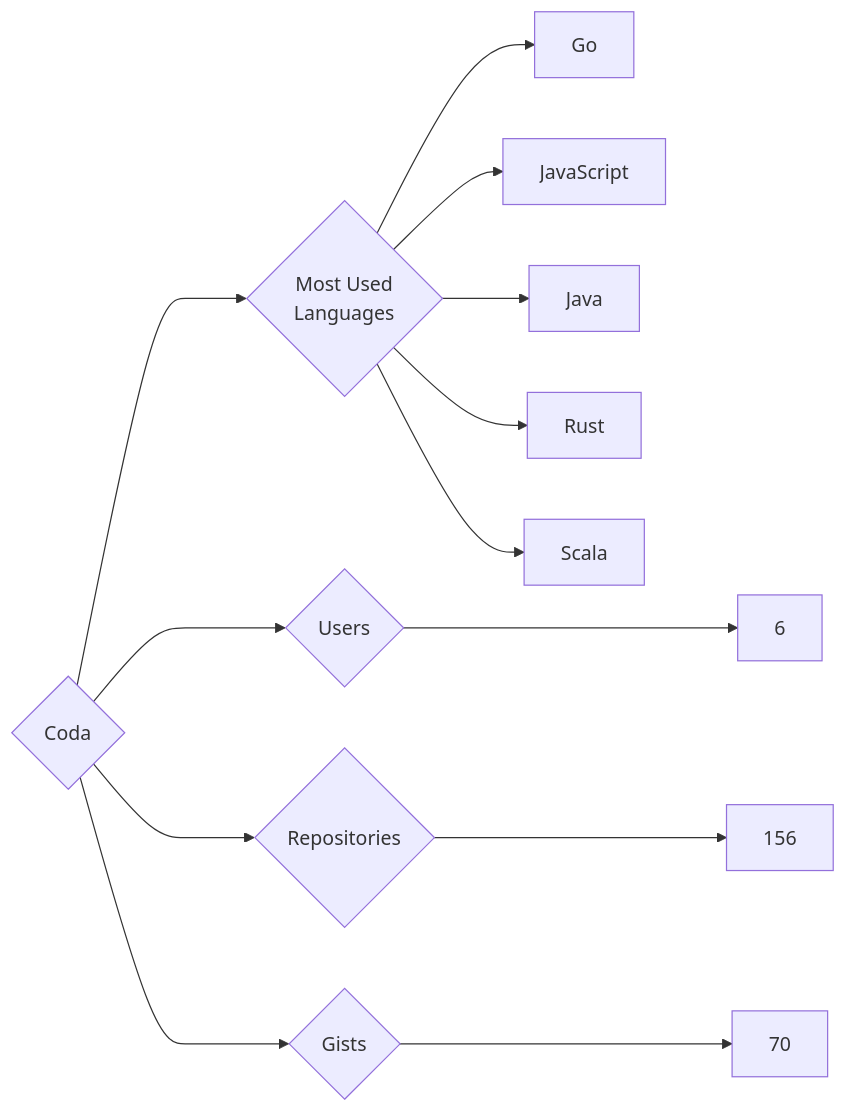
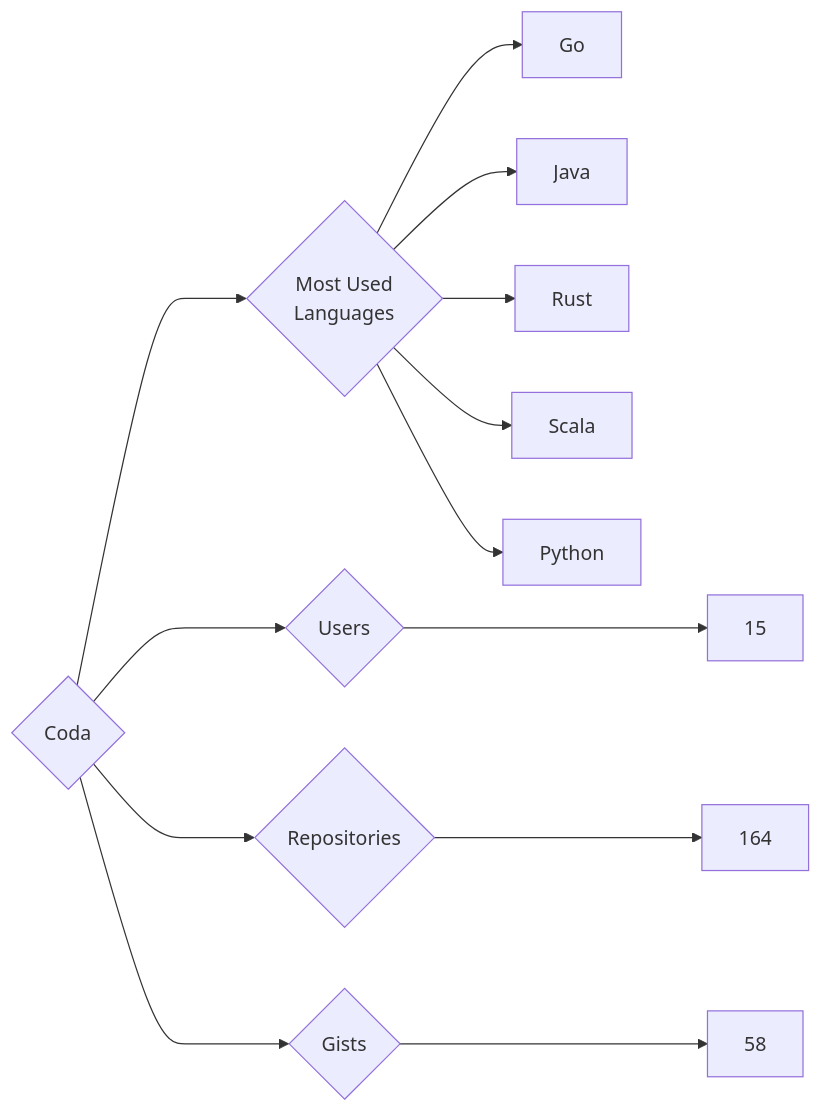
One commit to trickest/insiders changed the diagram in targets/Coda/README.md. Above: the diagram before and after it, drawn with Mermaid. The commit also changed 1195 other files, not shown here.

````diff
--- a/targets/Coda/README.md
+++ b/targets/Coda/README.md
@@ -3,13 +3,13 @@
 ```mermaid
 graph LR
 COMPANY_NAME{Coda}
-COMPANY_NAME ---> U{Users} ---> UN[6]
-COMPANY_NAME ---> R{Repositories} ---> RN[156]
-COMPANY_NAME ---> G{Gists} ---> GN[70]
+COMPANY_NAME ---> U{Users} ---> UN[15]
+COMPANY_NAME ---> R{Repositories} ---> RN[164]
+COMPANY_NAME ---> G{Gists} ---> GN[58]
 COMPANY_NAME ---> ML{Most Used<br>Languages}
 ML --> Go[Go]
-ML --> JavaScript[JavaScript]
 ML --> Java[Java]
 ML --> Rust[Rust]
 ML --> Scala[Scala]
+ML --> Python[Python]
 ```
````
